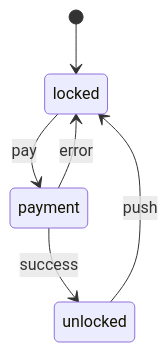
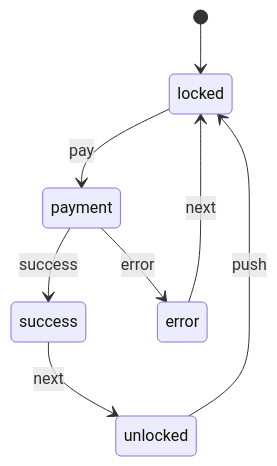
One commit to prncss-xyz/slides-machine changed the seventh of 7 diagrams in src/app/page.mdx. Above: the diagram before and after it, drawn with Mermaid. The commit also changed other lines of this file and 7 other files, not shown here.

````diff
--- a/src/app/page.mdx
+++ b/src/app/page.mdx
@@ -477,8 +406,10 @@
 		```mermaid
     stateDiagram-v2
       [*] --> locked 
       locked --> payment: pay 
-      payment --> unlocked: success
-      payment --> locked: error
+      payment --> success: success
+      success --> unlocked: next
+      payment --> error: error
+      error --> locked: next
       unlocked --> locked: push 
     ```
````
